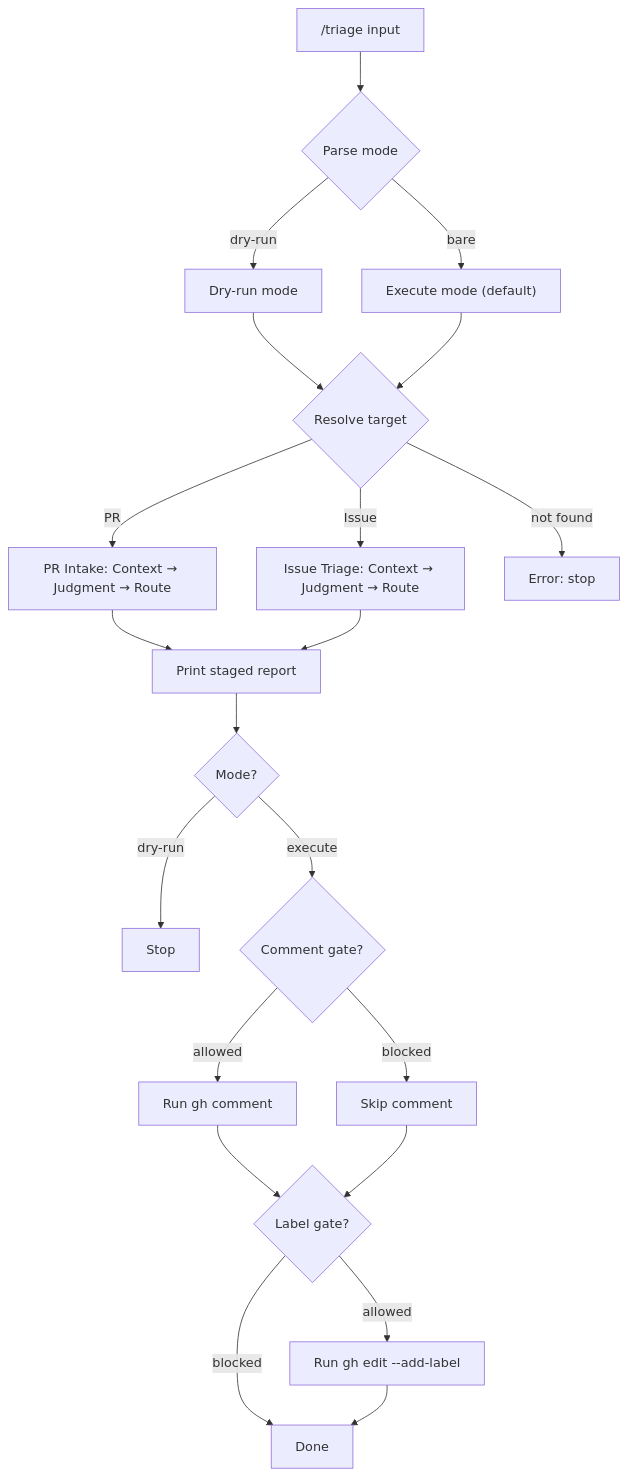
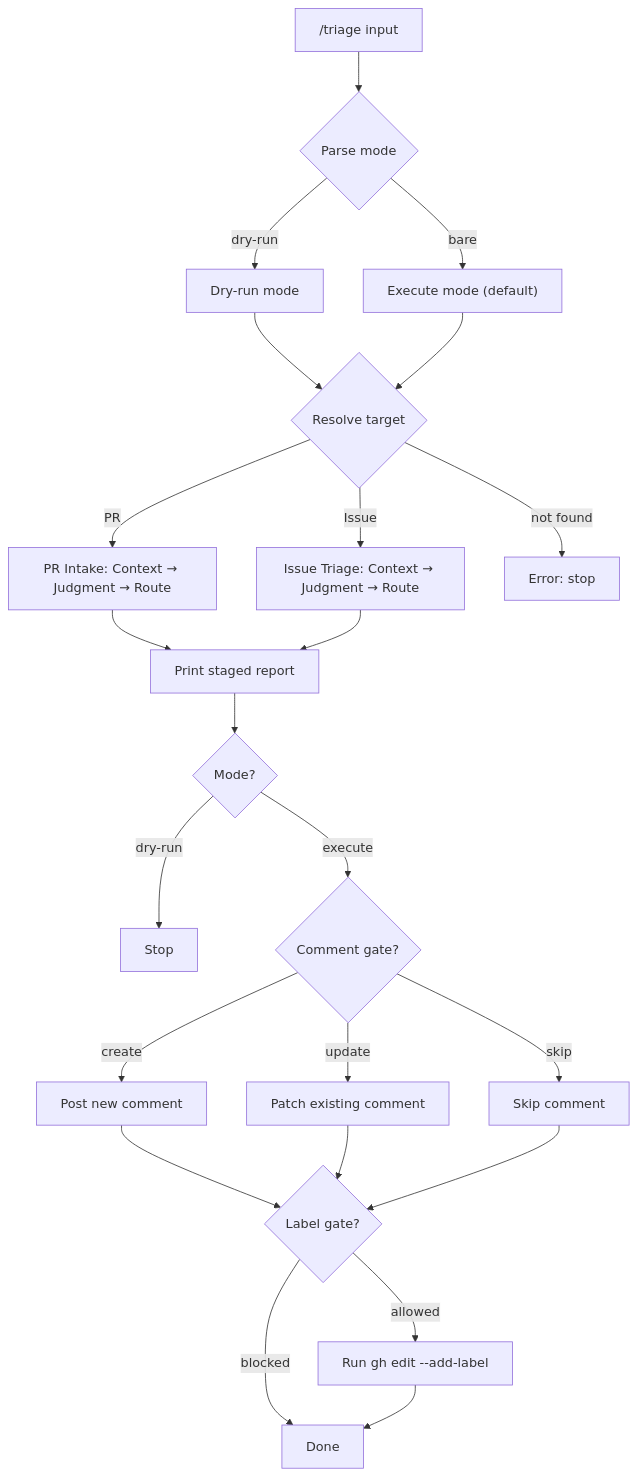
The first of 2 diagrams in .qwen/skills/triage/references/workflow-overview.md (CNCSMonster/qwen-code), drawn with Mermaid before and after one commit. The commit also changed 2 other files, not shown here.

Commit message:
feat(skill): add comment update-in-place for triage re-runs [skip ci]
Comment gate now has three outcomes: create/update/skip.
When our own marker comment already exists on an open target,
PATCH it in place instead of posting a duplicate or skipping.
This keeps triage comments fresh across CI re-triggers and
skill updates without polluting the timeline.

````diff
--- a/.qwen/skills/triage/references/workflow-overview.md
+++ b/.qwen/skills/triage/references/workflow-overview.md
@@ -41,26 +41,28 @@
 ```mermaid
 flowchart TD
   A["/triage input"] --> M{"Parse mode"}
   M -->|"dry-run"| DRY["Dry-run mode"]
   M -->|"bare"| EXEC["Execute mode (default)"]
 
   DRY --> T{"Resolve target"}
   EXEC --> T
 
   T -->|PR| PR["PR Intake: Context → Judgment → Route"]
   T -->|Issue| IS["Issue Triage: Context → Judgment → Route"]
   T -->|"not found"| ERR["Error: stop"]
 
   PR --> RPT["Print staged report"]
   IS --> RPT
   RPT --> MODE{"Mode?"}
   MODE -->|dry-run| END1["Stop"]
   MODE -->|execute| CG{"Comment gate?"}
-  CG -->|allowed| GH_COMMENT["Run gh comment"]
-  CG -->|blocked| SKIP_COMMENT["Skip comment"]
+  CG -->|create| GH_COMMENT["Post new comment"]
+  CG -->|update| GH_UPDATE["Patch existing comment"]
+  CG -->|skip| SKIP_COMMENT["Skip comment"]
   GH_COMMENT --> LG{"Label gate?"}
+  GH_UPDATE --> LG
   SKIP_COMMENT --> LG
   LG -->|allowed| GH_LABEL["Run gh edit --add-label"]
   LG -->|blocked| END2["Done"]
   GH_LABEL --> END2
 ```
````
